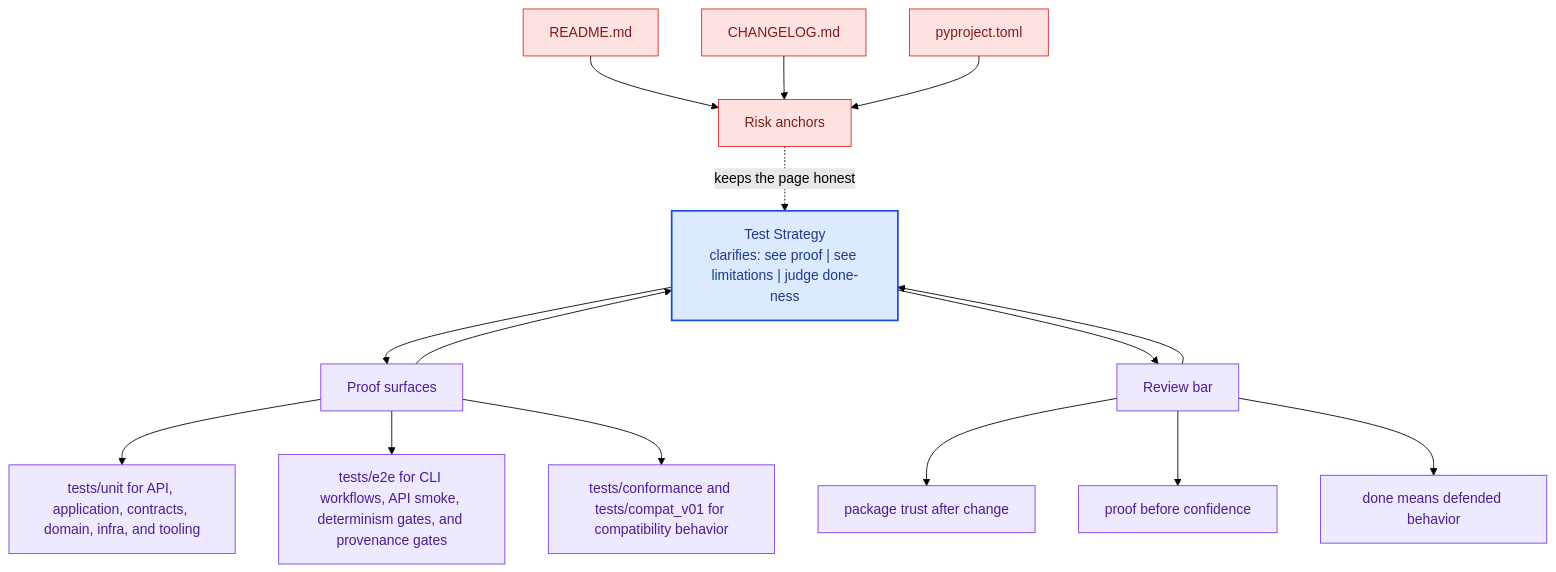
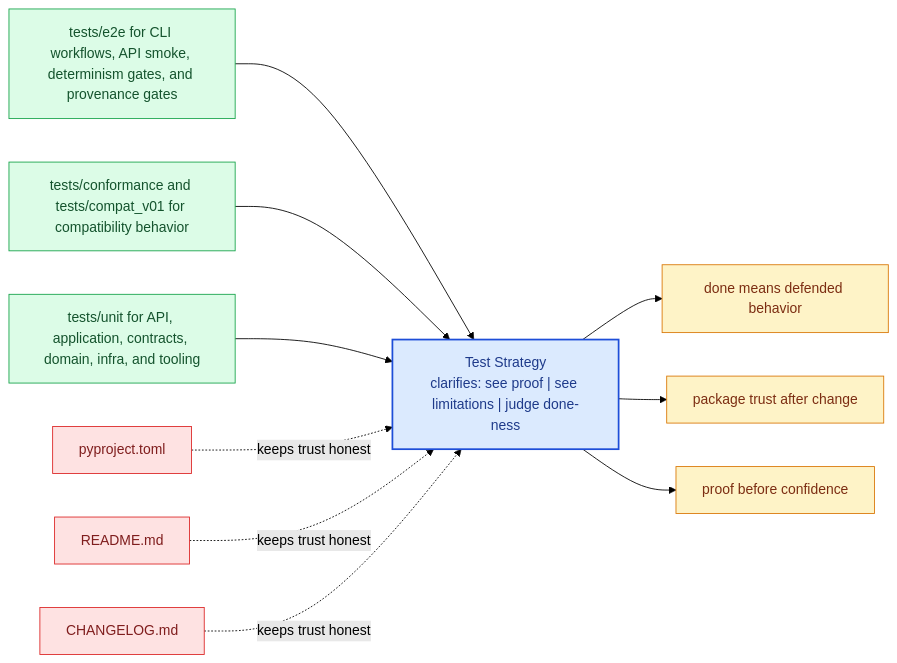
Before and after one commit to bijux/bijux-canon: the diagram in docs/bijux-canon-index/quality/test-strategy.md, drawn with Mermaid (forest theme). The commit also changed other lines of this file and 281 other files, not shown here.

Commit message:
docs(diagrams): replace repeated mermaid scaffolds with page-specific summaries

````diff
--- a/docs/bijux-canon-index/quality/test-strategy.md
+++ b/docs/bijux-canon-index/quality/test-strategy.md
@@ -67,41 +22,31 @@
 ```mermaid
-flowchart TB
-    promise["Test Strategy<br/>clarifies: see proof | see limitations | judge done-ness"]
-    classDef promise fill:#dbeafe,stroke:#1d4ed8,color:#1e3a8a,stroke-width:2px;
-    classDef driver fill:#dcfce7,stroke:#16a34a,color:#14532d;
-    classDef constraint fill:#fee2e2,stroke:#dc2626,color:#7f1d1d;
-    classDef ground fill:#ede9fe,stroke:#7c3aed,color:#4c1d95;
-    focus1["Proof surfaces"]
-    focus1 --> promise
-    promise --> focus1
-    focus1_1["tests/unit for API, application, contracts, domain, infra, and tooling"]
-    focus1 --> focus1_1
-    focus1_2["tests/e2e for CLI workflows, API smoke, determinism gates, and provenance gates"]
-    focus1 --> focus1_2
-    focus1_3["tests/conformance and tests/compat_v01 for compatibility behavior"]
-    focus1 --> focus1_3
-    class focus1 ground;
-    class focus1_1,focus1_2,focus1_3 ground;
-    focus2["Risk anchors"]
-    focus2 -.keeps the page honest.-> promise
-    focus2_1["README.md"]
-    focus2_1 --> focus2
-    focus2_2["CHANGELOG.md"]
-    focus2_2 --> focus2
-    focus2_3["pyproject.toml"]
-    focus2_3 --> focus2
-    class focus2 constraint;
-    class focus2_1,focus2_2,focus2_3 constraint;
-    focus3["Review bar"]
-    focus3 --> promise
-    promise --> focus3
-    focus3_1["package trust after change"]
-    focus3 --> focus3_1
-    focus3_2["proof before confidence"]
-    focus3 --> focus3_2
-    focus3_3["done means defended behavior"]
-    focus3 --> focus3_3
-    class focus3 ground;
-    class focus3_1,focus3_2,focus3_3 ground;
-    class promise promise;
+flowchart LR
+    page["Test Strategy<br/>clarifies: see proof | see limitations | judge done-ness"]
+    classDef page fill:#dbeafe,stroke:#1d4ed8,color:#1e3a8a,stroke-width:2px;
+    classDef positive fill:#dcfce7,stroke:#16a34a,color:#14532d;
+    classDef caution fill:#fee2e2,stroke:#dc2626,color:#7f1d1d;
+    classDef anchor fill:#ede9fe,stroke:#7c3aed,color:#4c1d95;
+    classDef action fill:#fef3c7,stroke:#d97706,color:#7c2d12;
+    proof1["tests/e2e for CLI workflows, API smoke, determinism gates, and provenance gates"]
+    proof1 --> page
+    proof2["tests/conformance and tests/compat_v01 for compatibility behavior"]
+    proof2 --> page
+    proof3["tests/unit for API, application, contracts, domain, infra, and tooling"]
+    proof3 --> page
+    risk1["pyproject.toml"]
+    risk1 -.keeps trust honest.-> page
+    risk2["README.md"]
+    risk2 -.keeps trust honest.-> page
+    risk3["CHANGELOG.md"]
+    risk3 -.keeps trust honest.-> page
+    bar1["done means defended behavior"]
+    page --> bar1
+    bar2["package trust after change"]
+    page --> bar2
+    bar3["proof before confidence"]
+    page --> bar3
+    class page page;
+    class proof1,proof2,proof3 positive;
+    class risk1,risk2,risk3 caution;
+    class bar1,bar2,bar3 action;
 ```
````
